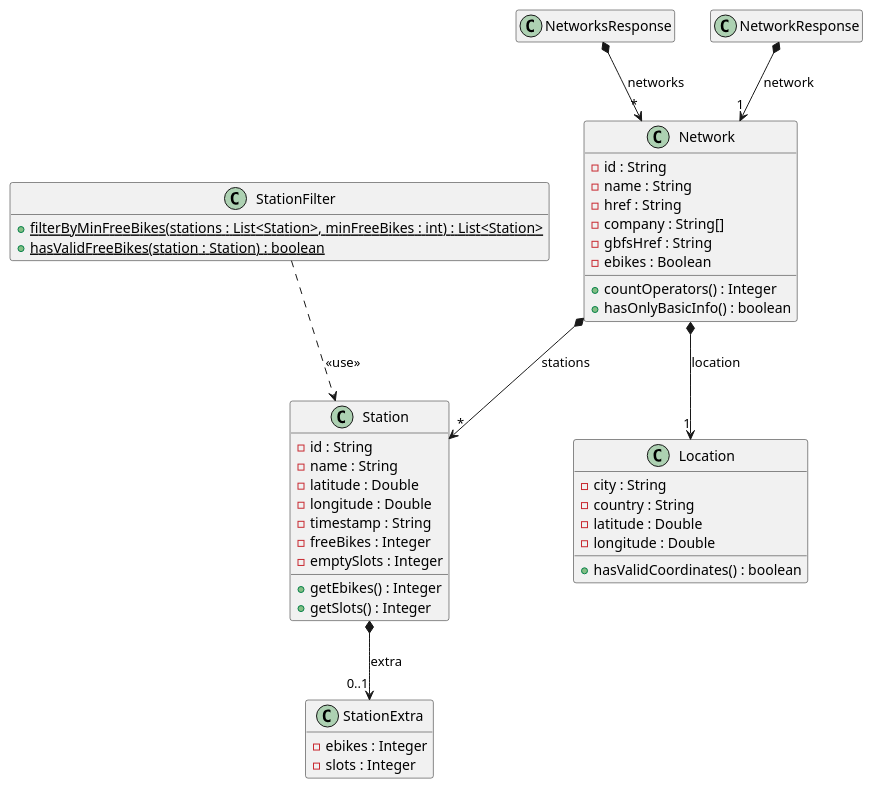
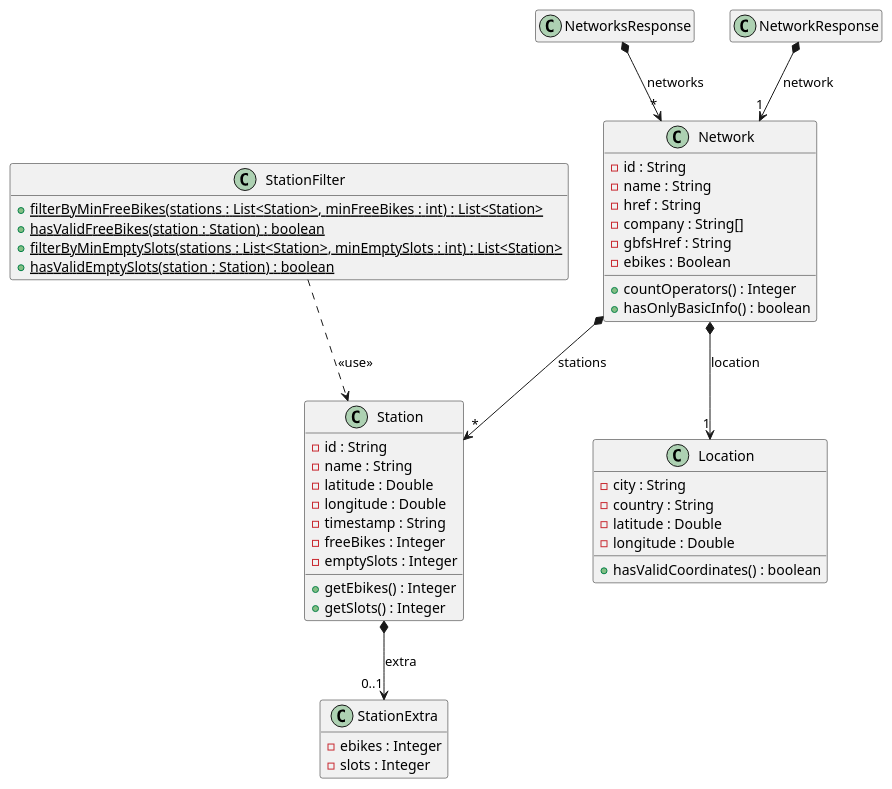
One commit to isunican/App-Bicis-Grupo3 changed the diagram in Docs/Models/domain.puml. Above: the diagram before and after it, drawn with PlantUML. The commit also changed 1 other file, not shown here.

Commit message:
Actualizar diagrama de dominio con el filtro por huecos (978259)

```diff
--- a/Docs/Models/domain.puml
+++ b/Docs/Models/domain.puml
@@ -1,63 +1,66 @@
 @startuml
 
 hide empty members
 
 class Network {
     - id : String
     - name : String
     - href : String
     - company : String[]
     - gbfsHref : String
     - ebikes : Boolean
     + countOperators() : Integer
     + hasOnlyBasicInfo() : boolean
 }
 
 class Location {
     - city : String
     - country : String
     - latitude : Double
     - longitude : Double
     + hasValidCoordinates() : boolean
 }
 
 class NetworksResponse {
 
 }
 
 class NetworkResponse {
     
 }
 
 Network *--> "1" Location : location
 NetworksResponse *--> "*" Network : networks
 NetworkResponse *--> "1" Network : network
 
 ' HU 532377 Listar estaciones / HU 532376 Filtrar estaciones por bicis libres
+' HU 532335 Filtrar estaciones por huecos disponibles (emptySlots y metodos de StationFilter)
 class Station {
     - id : String
     - name : String
     - latitude : Double
     - longitude : Double
     - timestamp : String
     - freeBikes : Integer
     - emptySlots : Integer
     + getEbikes() : Integer
     + getSlots() : Integer
 }
 
 class StationExtra {
     - ebikes : Integer
     - slots : Integer
 }
 
 class StationFilter {
     + {static} filterByMinFreeBikes(stations : List<Station>, minFreeBikes : int) : List<Station>
     + {static} hasValidFreeBikes(station : Station) : boolean
+    + {static} filterByMinEmptySlots(stations : List<Station>, minEmptySlots : int) : List<Station>
+    + {static} hasValidEmptySlots(station : Station) : boolean
 }
 
 Network *--> "*" Station : stations
 Station *--> "0..1" StationExtra : extra
 StationFilter ..> Station : <<use>>
 
 @enduml
```
